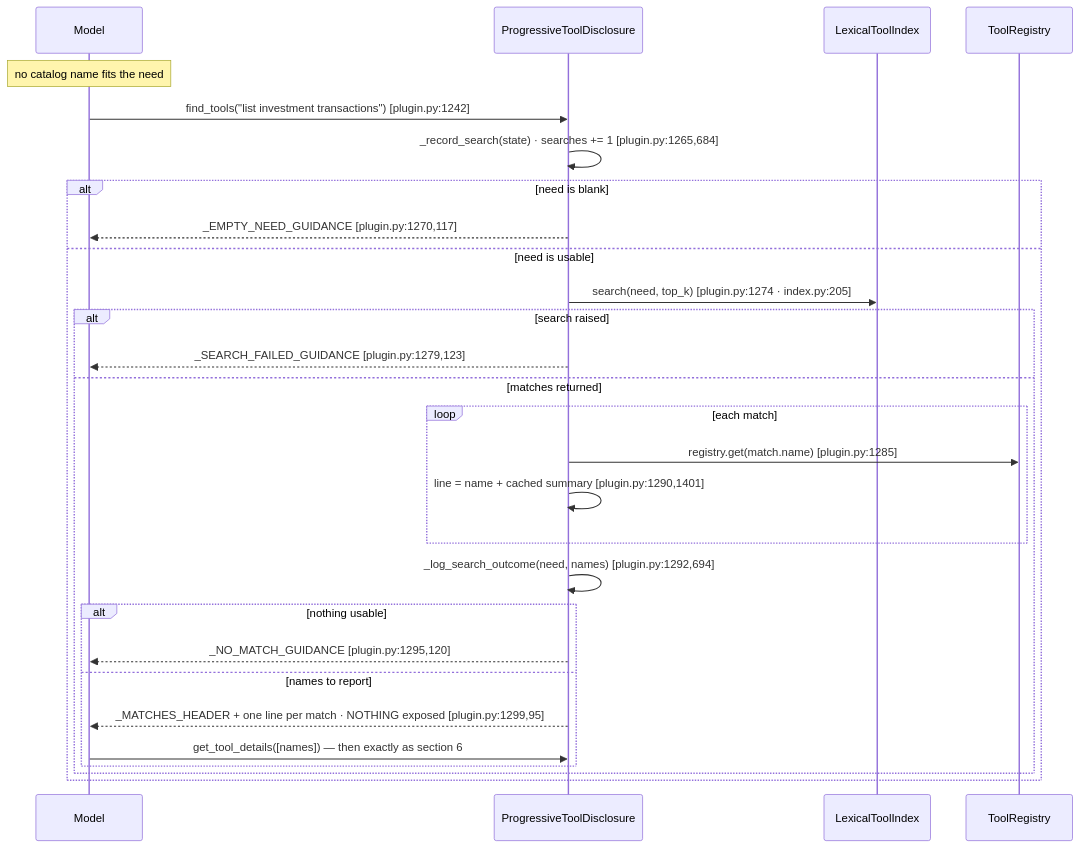
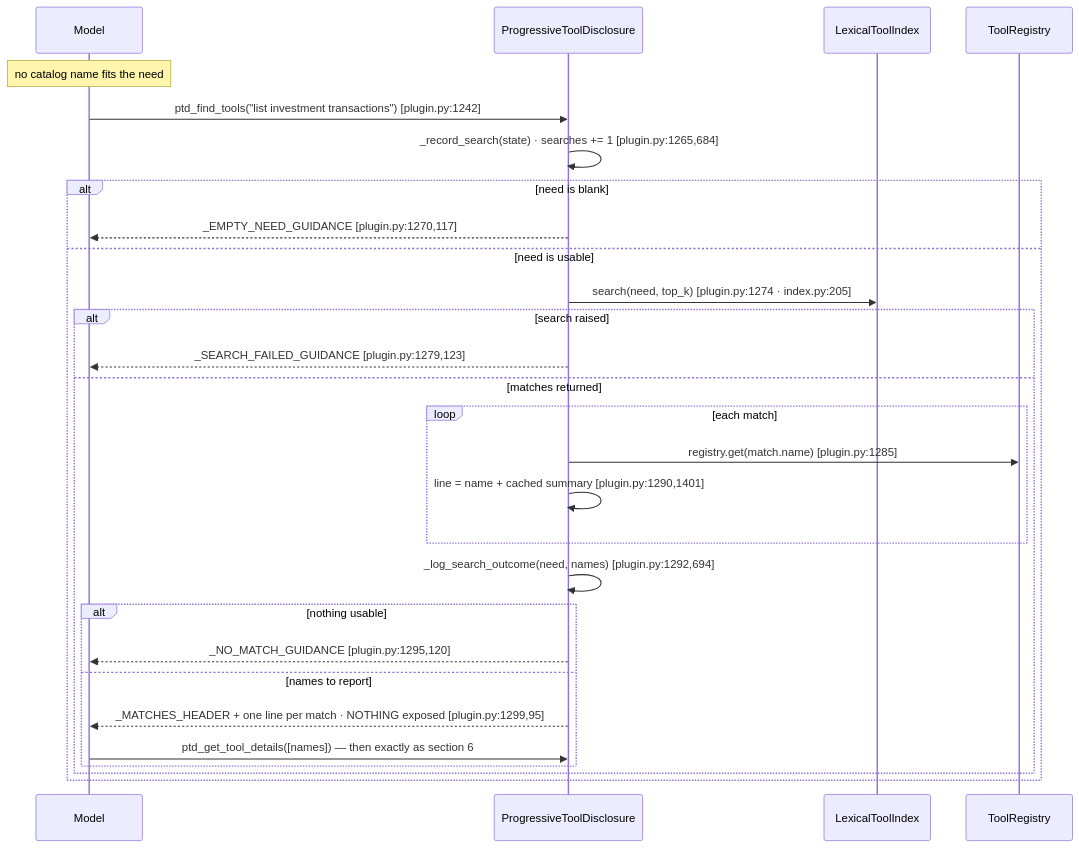
One commit to aws-samples/sample-context-engineering changed the fourth of 6 diagrams in docs/design/sequence/sequence-b-progressive-tool-disclosure.md. Above: the diagram before and after it, drawn with Mermaid. The commit also changed other lines of this file and 124 other files, not shown here.

First line of the commit message:
feat(plugins): prefix every model-facing tool with its plugin's initials

````diff
--- a/docs/design/sequence/sequence-b-progressive-tool-disclosure.md
+++ b/docs/design/sequence/sequence-b-progressive-tool-disclosure.md
@@ -329,31 +329,31 @@
 ```mermaid
 sequenceDiagram
     participant Model
     participant Plugin as ProgressiveToolDisclosure
     participant Index as LexicalToolIndex
     participant Reg as ToolRegistry
 
     Note over Model: no catalog name fits the need
-    Model->>Plugin: find_tools("list investment transactions") [plugin.py:1242]
+    Model->>Plugin: ptd_find_tools("list investment transactions") [plugin.py:1242]
     Plugin->>Plugin: _record_search(state) · searches += 1 [plugin.py:1265,684]
     alt need is blank
         Plugin-->>Model: _EMPTY_NEED_GUIDANCE [plugin.py:1270,117]
     else need is usable
         Plugin->>Index: search(need, top_k) [plugin.py:1274 · index.py:205]
         alt search raised
             Plugin-->>Model: _SEARCH_FAILED_GUIDANCE [plugin.py:1279,123]
         else matches returned
             loop each match
                 Plugin->>Reg: registry.get(match.name) [plugin.py:1285]
                 Plugin->>Plugin: line = name + cached summary [plugin.py:1290,1401]
             end
             Plugin->>Plugin: _log_search_outcome(need, names) [plugin.py:1292,694]
             alt nothing usable
                 Plugin-->>Model: _NO_MATCH_GUIDANCE [plugin.py:1295,120]
             else names to report
                 Plugin-->>Model: _MATCHES_HEADER + one line per match · NOTHING exposed [plugin.py:1299,95]
-                Model->>Plugin: get_tool_details([names]) — then exactly as section 6
+                Model->>Plugin: ptd_get_tool_details([names]) — then exactly as section 6
             end
         end
     end
 ```
````
